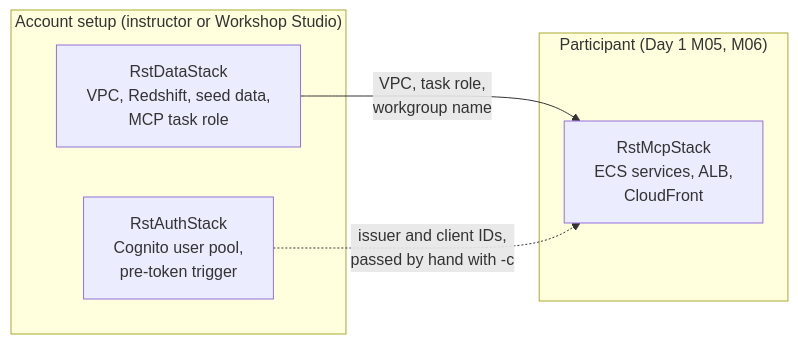
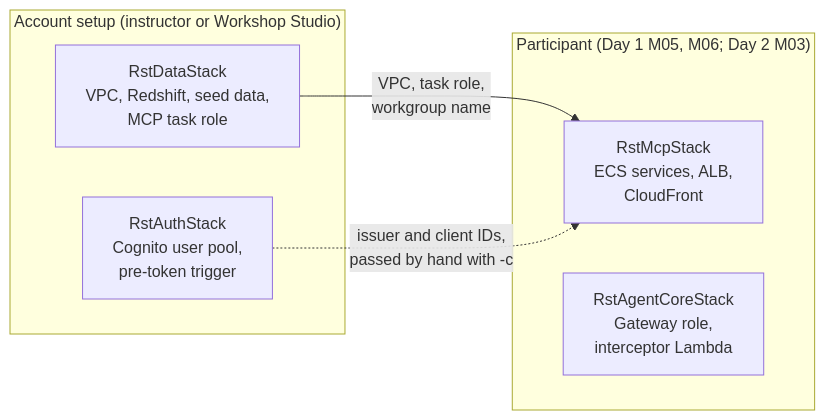
The diagram in AWS-001-AgenticFromScratch/docs/infra.md (kuettai/ktws), drawn with Mermaid before and after one commit. The commit also changed other lines of this file and 8 other files, not shown here.

````diff
--- a/AWS-001-AgenticFromScratch/docs/infra.md
+++ b/AWS-001-AgenticFromScratch/docs/infra.md
@@ -25,12 +27,13 @@
 ```mermaid
 flowchart LR
     subgraph instructor["Account setup (instructor or Workshop Studio)"]
         data["RstDataStack<br/>VPC, Redshift, seed data,<br/>MCP task role"]
         auth["RstAuthStack<br/>Cognito user pool,<br/>pre-token trigger"]
     end
-    subgraph participant["Participant (Day 1 M05, M06)"]
+    subgraph participant["Participant (Day 1 M05, M06; Day 2 M03)"]
         mcp["RstMcpStack<br/>ECS services, ALB,<br/>CloudFront"]
+        ac["RstAgentCoreStack<br/>Gateway role,<br/>interceptor Lambda"]
     end
     data -- "VPC, task role,<br/>workgroup name" --> mcp
     auth -. "issuer and client IDs,<br/>passed by hand with -c" .-> mcp
 ```
````
